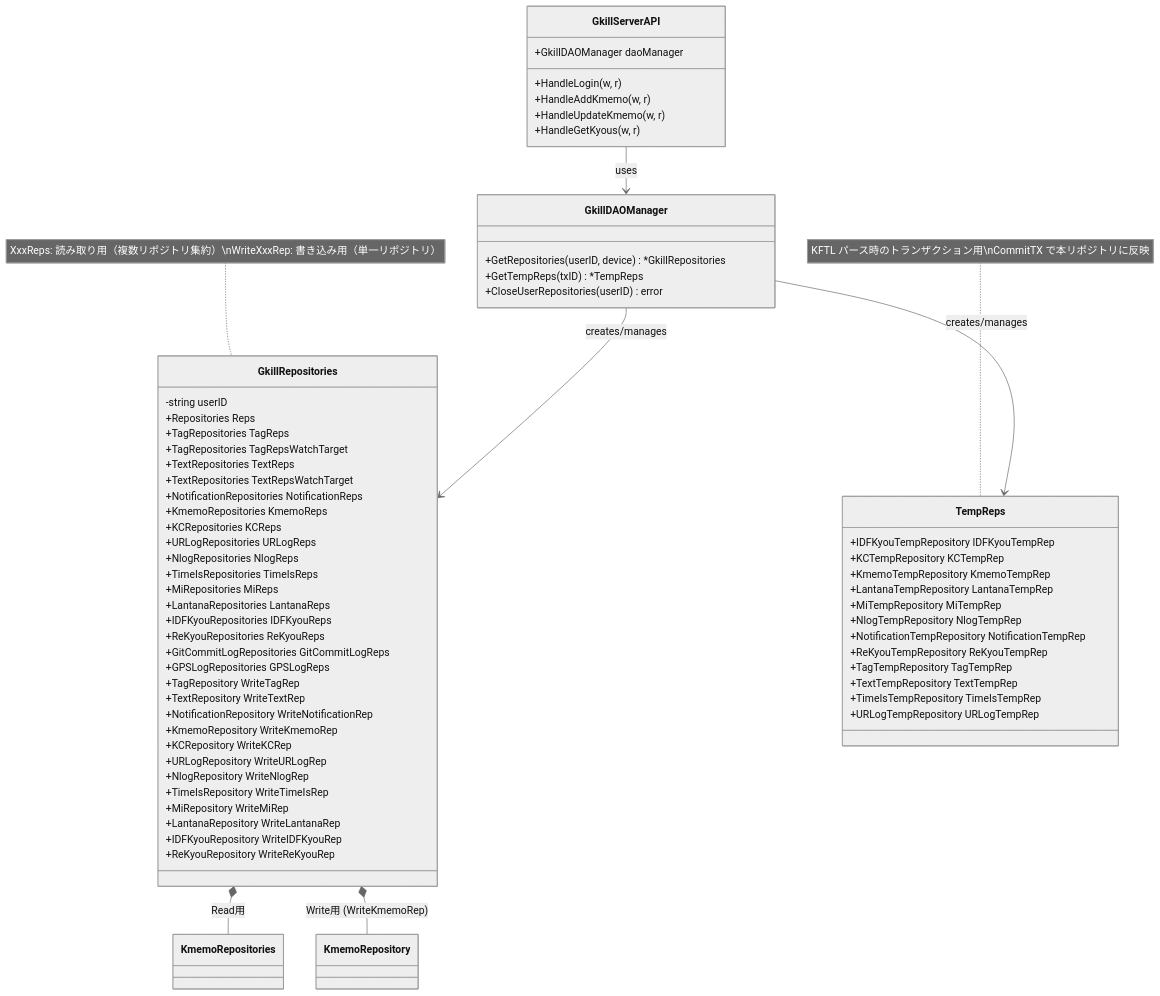
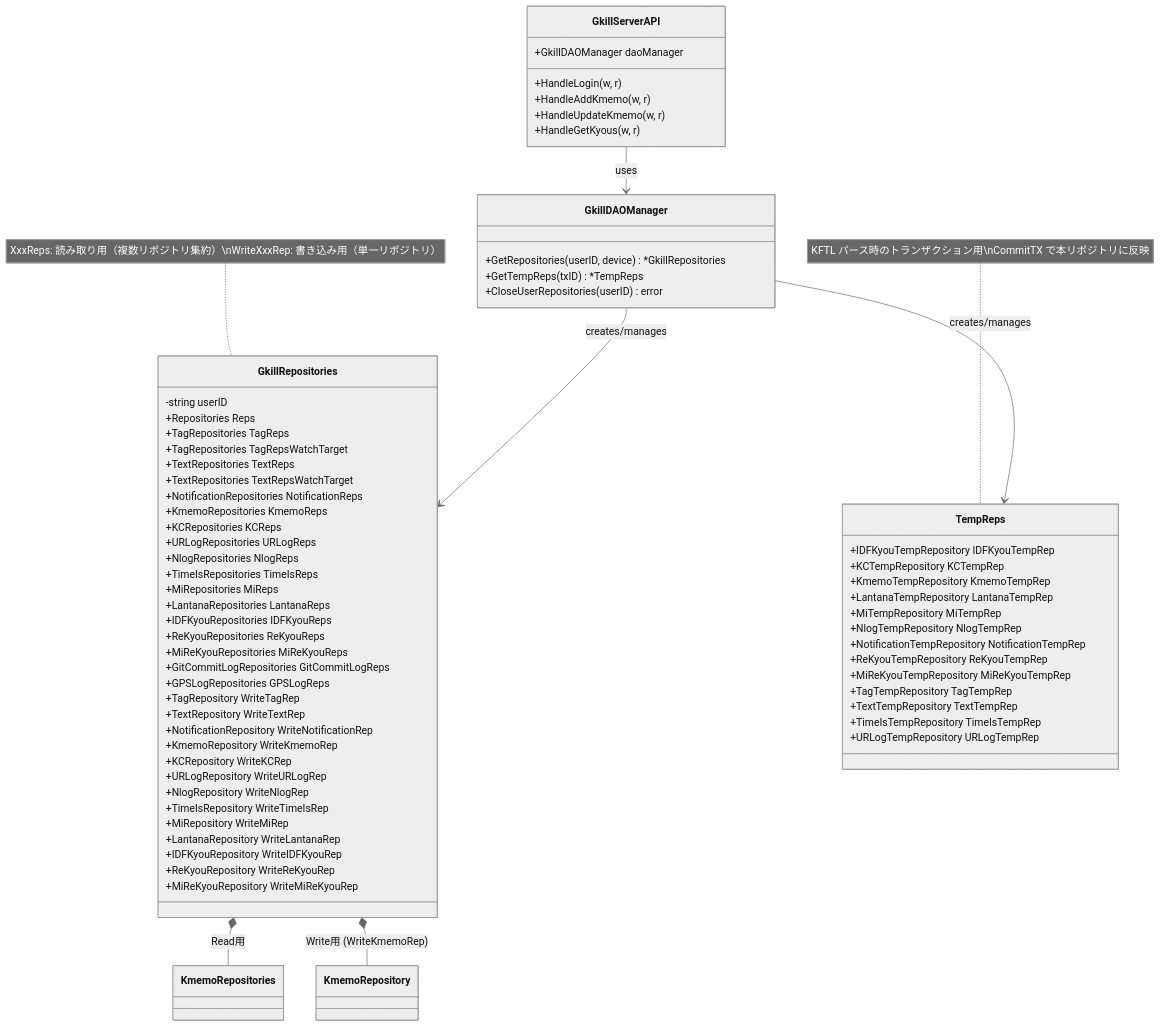
The third of 7 diagrams in documents/reverse/class-diagrams.md (mt3hr/gkill), drawn with Mermaid (neutral theme) before and after one commit. The commit also changed other lines of this file and 122 other files, not shown here.

````diff
--- a/documents/reverse/class-diagrams.md
+++ b/documents/reverse/class-diagrams.md
@@ -285,74 +300,77 @@
 ```mermaid
 classDiagram
     class GkillRepositories {
         -string userID
         +Repositories Reps
         +TagRepositories TagReps
         +TagRepositories TagRepsWatchTarget
         +TextRepositories TextReps
         +TextRepositories TextRepsWatchTarget
         +NotificationRepositories NotificationReps
         +KmemoRepositories KmemoReps
         +KCRepositories KCReps
         +URLogRepositories URLogReps
         +NlogRepositories NlogReps
         +TimeIsRepositories TimeIsReps
         +MiRepositories MiReps
         +LantanaRepositories LantanaReps
         +IDFKyouRepositories IDFKyouReps
         +ReKyouRepositories ReKyouReps
+        +MiReKyouRepositories MiReKyouReps
         +GitCommitLogRepositories GitCommitLogReps
         +GPSLogRepositories GPSLogReps
         +TagRepository WriteTagRep
         +TextRepository WriteTextRep
         +NotificationRepository WriteNotificationRep
         +KmemoRepository WriteKmemoRep
         +KCRepository WriteKCRep
         +URLogRepository WriteURLogRep
         +NlogRepository WriteNlogRep
         +TimeIsRepository WriteTimeIsRep
         +MiRepository WriteMiRep
         +LantanaRepository WriteLantanaRep
         +IDFKyouRepository WriteIDFKyouRep
         +ReKyouRepository WriteReKyouRep
+        +MiReKyouRepository WriteMiReKyouRep
     }
 
     class TempReps {
         +IDFKyouTempRepository IDFKyouTempRep
         +KCTempRepository KCTempRep
         +KmemoTempRepository KmemoTempRep
         +LantanaTempRepository LantanaTempRep
         +MiTempRepository MiTempRep
         +NlogTempRepository NlogTempRep
         +NotificationTempRepository NotificationTempRep
         +ReKyouTempRepository ReKyouTempRep
+        +MiReKyouTempRepository MiReKyouTempRep
         +TagTempRepository TagTempRep
         +TextTempRepository TextTempRep
         +TimeIsTempRepository TimeIsTempRep
         +URLogTempRepository URLogTempRep
     }
 
     class GkillDAOManager {
         +GetRepositories(userID, device) *GkillRepositories
         +GetTempReps(txID) *TempReps
         +CloseUserRepositories(userID) error
     }
 
     class GkillServerAPI {
         +GkillDAOManager daoManager
         +HandleLogin(w, r)
         +HandleAddKmemo(w, r)
         +HandleUpdateKmemo(w, r)
         +HandleGetKyous(w, r)
         %% 残り82エンドポイント省略（合計85登録）
     }
 
     GkillServerAPI --> GkillDAOManager : uses
     GkillDAOManager --> GkillRepositories : creates/manages
     GkillDAOManager --> TempReps : creates/manages
     GkillRepositories *-- KmemoRepositories : Read用
     GkillRepositories *-- KmemoRepository : Write用 (WriteKmemoRep)
 
     note for GkillRepositories "XxxReps: 読み取り用（複数リポジトリ集約）\nWriteXxxRep: 書き込み用（単一リポジトリ）"
     note for TempReps "KFTL パース時のトランザクション用\nCommitTX で本リポジトリに反映"
 ```
````
